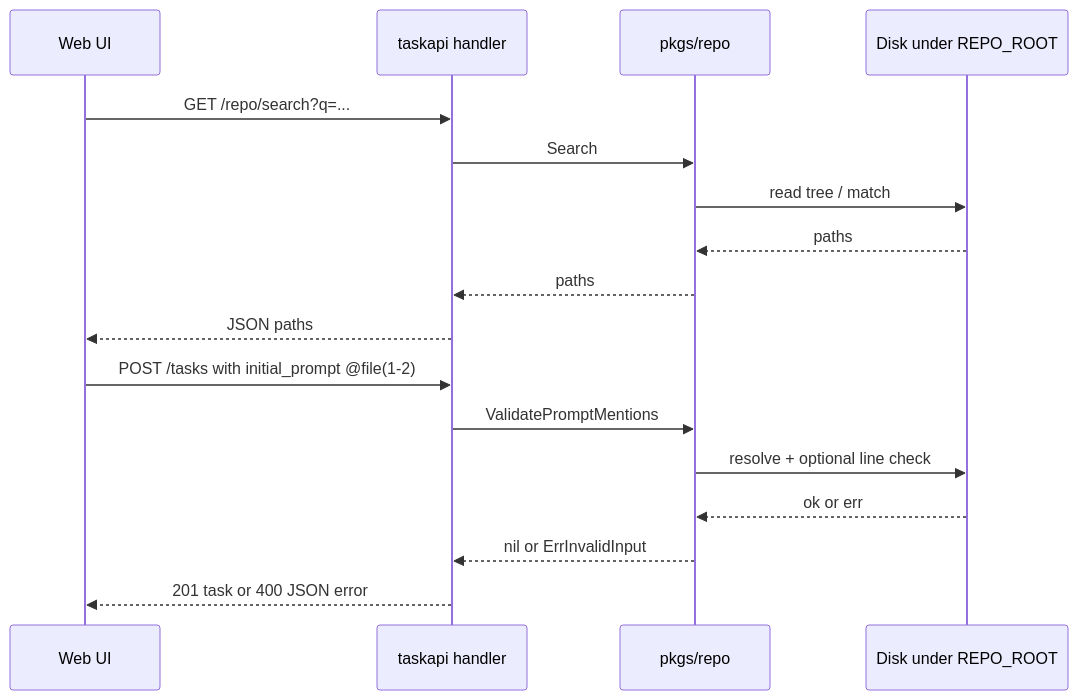
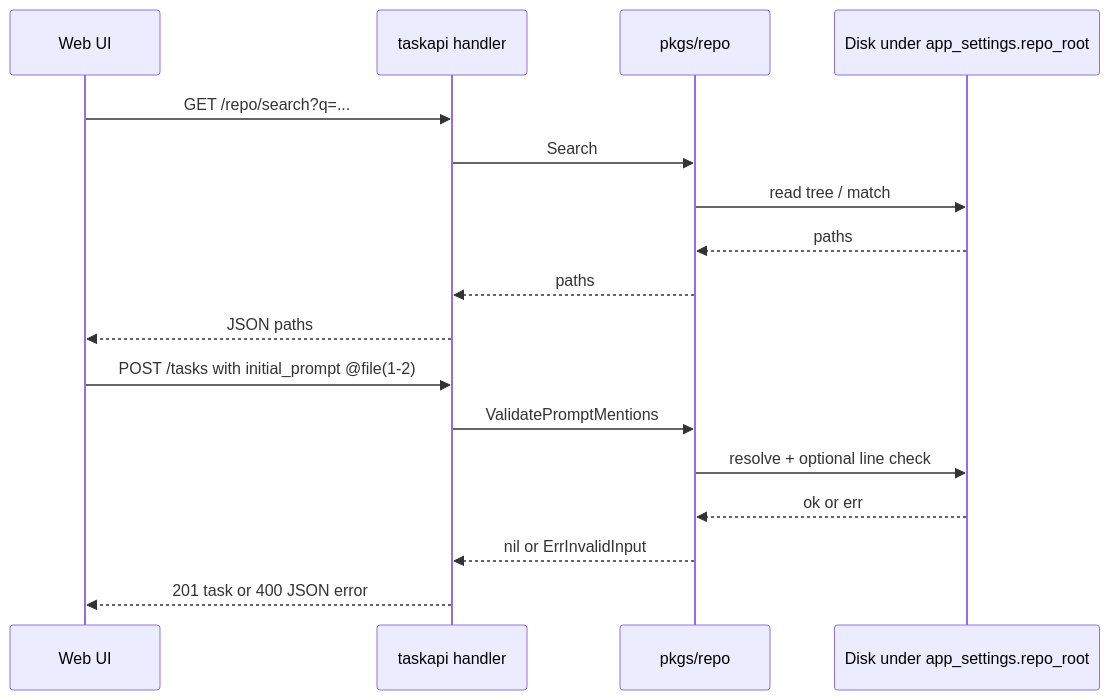
Before and after one commit to AlexsanderHamir/T2A: the second of 2 diagrams in docs/API-HTTP.md, drawn with Mermaid. The commit also changed other lines of this file and 37 other files, not shown here.

````diff
--- a/docs/API-HTTP.md
+++ b/docs/API-HTTP.md
@@ -353,21 +388,21 @@
 ```mermaid
 sequenceDiagram
   participant UI as Web UI
   participant API as taskapi handler
   participant R as pkgs/repo
-  participant FS as Disk under REPO_ROOT
+  participant FS as Disk under app_settings.repo_root
 
   UI->>API: GET /repo/search?q=...
   API->>R: Search
   R->>FS: read tree / match
   FS-->>R: paths
   R-->>API: paths
   API-->>UI: JSON paths
 
   UI->>API: POST /tasks with initial_prompt @file(1-2)
   API->>R: ValidatePromptMentions
   R->>FS: resolve + optional line check
   FS-->>R: ok or err
   R-->>API: nil or ErrInvalidInput
   API-->>UI: 201 task or 400 JSON error
 ```
````
